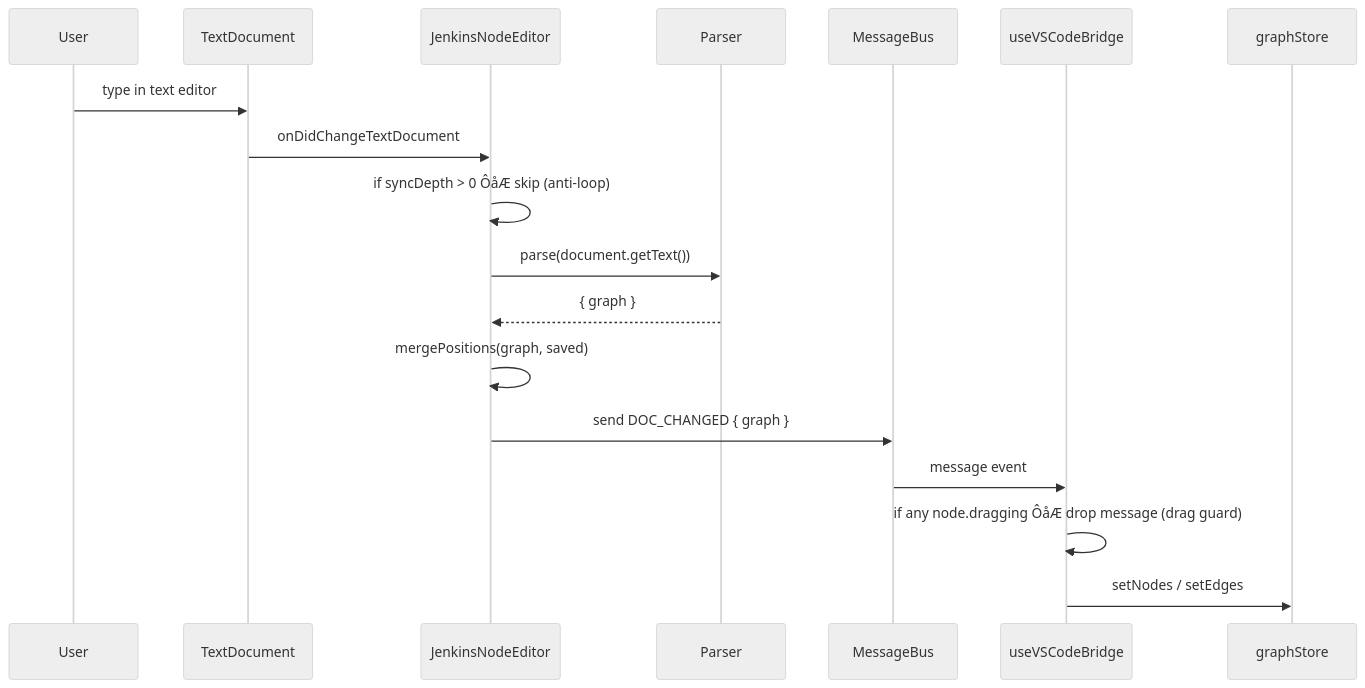
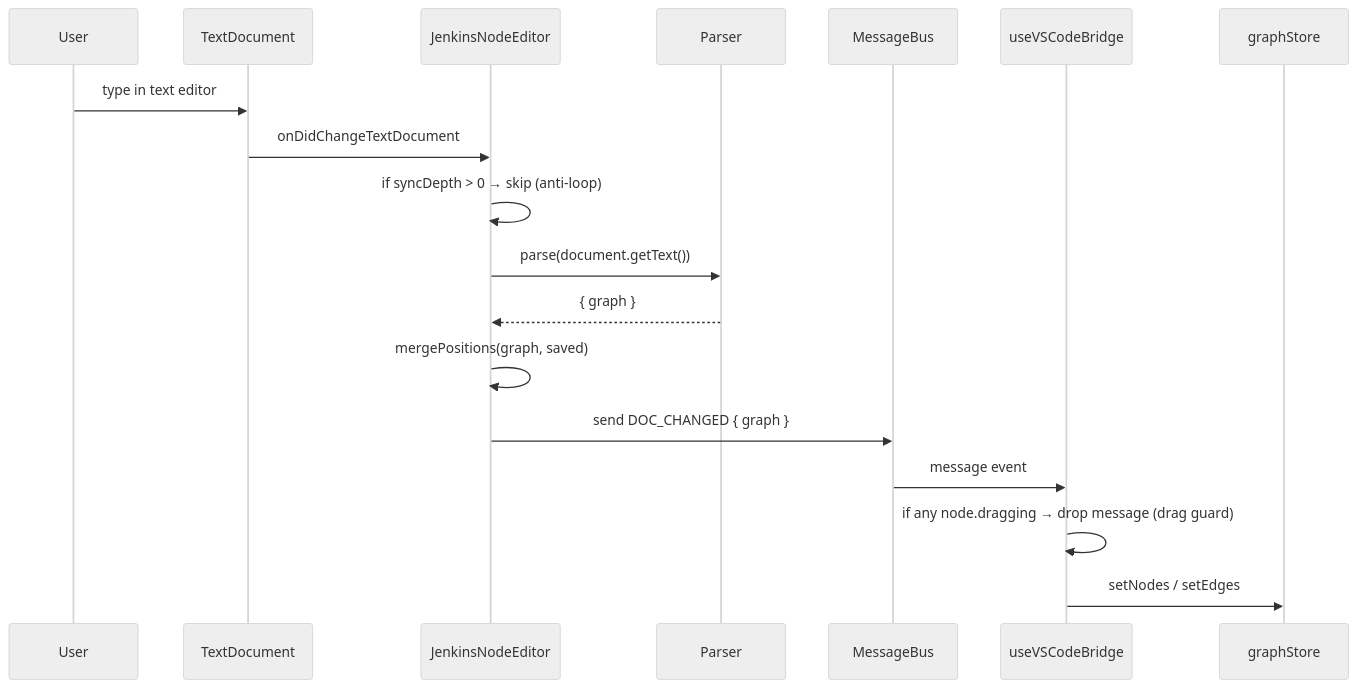
Before and after one commit to PlanesZwalker/vscode-jenkins-node-editor: the fourth of 5 diagrams in README.md, drawn with Mermaid (neutral theme). The commit also changed other lines of this file, not shown here.

````diff
--- a/README.md
+++ b/README.md
@@ -227,21 +227,21 @@
 ```mermaid
 sequenceDiagram
     participant User
     participant Doc as TextDocument
     participant JNE as JenkinsNodeEditor
     participant Parser
     participant Bus as MessageBus
     participant Bridge as useVSCodeBridge
     participant Store as graphStore
 
     User->>Doc: type in text editor
     Doc->>JNE: onDidChangeTextDocument
-    JNE->>JNE: if syncDepth > 0 ÔåÆ skip (anti-loop)
+    JNE->>JNE: if syncDepth > 0 → skip (anti-loop)
     JNE->>Parser: parse(document.getText())
     Parser-->>JNE: { graph }
     JNE->>JNE: mergePositions(graph, saved)
     JNE->>Bus: send DOC_CHANGED { graph }
     Bus->>Bridge: message event
-    Bridge->>Bridge: if any node.dragging ÔåÆ drop message (drag guard)
+    Bridge->>Bridge: if any node.dragging → drop message (drag guard)
     Bridge->>Store: setNodes / setEdges
 ```
````
